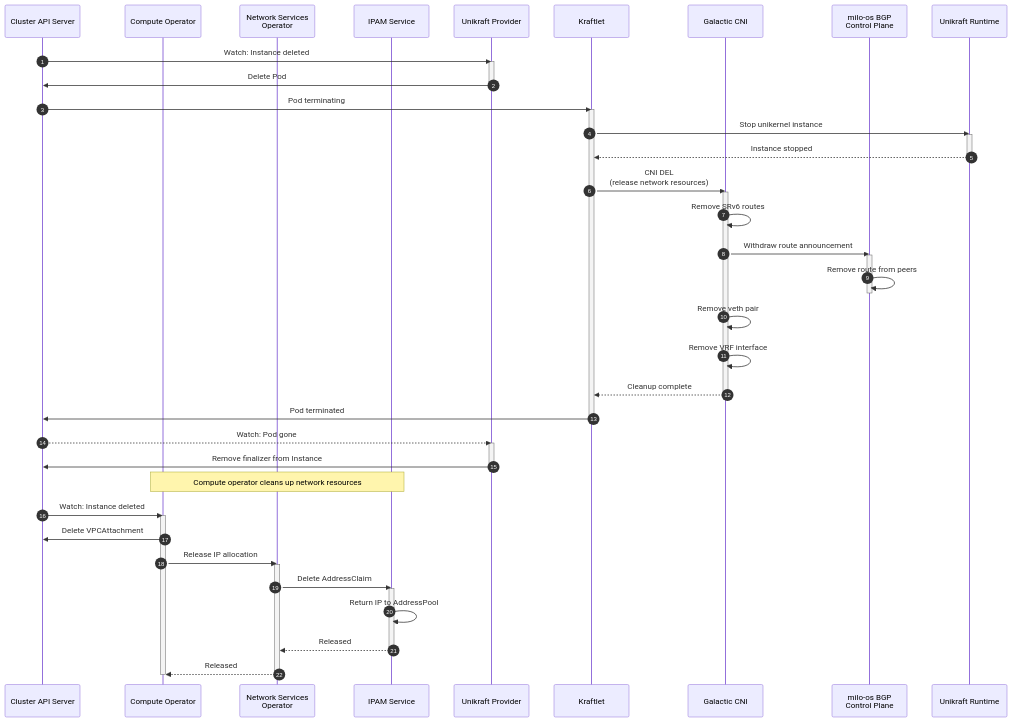
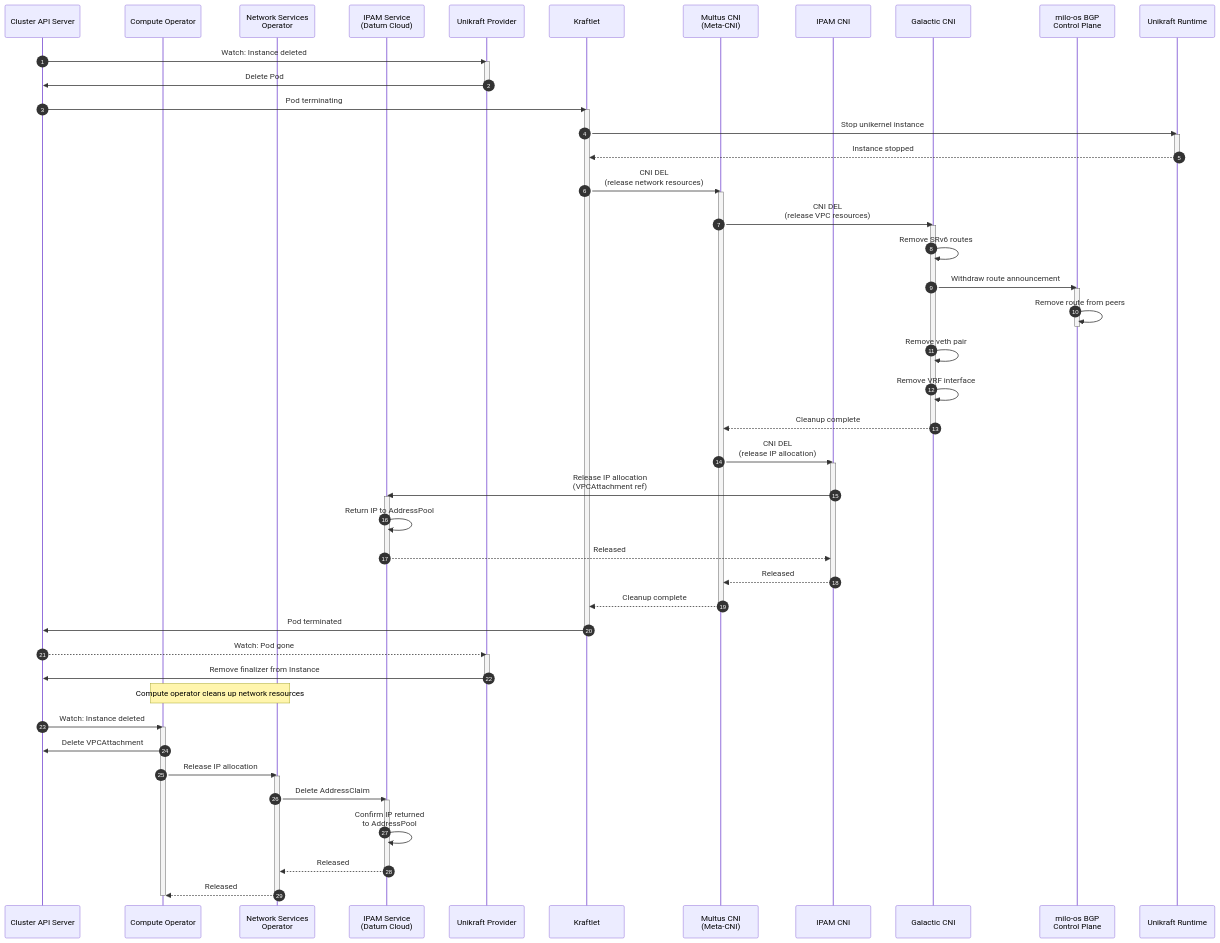
Before and after one commit to datum-cloud/unikraft-provider: the second of 2 diagrams in docs/enhancements/instance-provisioning.md, drawn with Mermaid. The commit also changed other lines of this file, not shown here.

First line of the commit message:
docs: add Multus CNI and IPAM CNI to instance provisioning diagrams

```diff
--- a/docs/enhancements/instance-provisioning.md
+++ b/docs/enhancements/instance-provisioning.md
@@ -116,9 +134,11 @@
     participant API as Cluster API Server
     participant CO as Compute Operator
     participant NSO as Network Services<br/>Operator
-    participant IPAM as IPAM Service
+    participant IPAM as IPAM Service<br/>(Datum Cloud)
     participant UP as Unikraft Provider
     participant KL as Kraftlet
+    participant MULTUS as Multus CNI<br/>(Meta-CNI)
+    participant ICNI as IPAM CNI
     participant GCNI as Galactic CNI
     participant BGP as milo-os BGP<br/>Control Plane
     participant UK as Unikraft Runtime
@@ -136,7 +156,10 @@
     UK-->>KL: Instance stopped
     deactivate UK
 
-    KL->>GCNI: CNI DEL<br/>(release network resources)
+    KL->>MULTUS: CNI DEL<br/>(release network resources)
+    activate MULTUS
+
+    MULTUS->>GCNI: CNI DEL<br/>(release VPC resources)
     activate GCNI
     GCNI->>GCNI: Remove SRv6 routes
     GCNI->>BGP: Withdraw route announcement
@@ -145,8 +168,21 @@
     deactivate BGP
     GCNI->>GCNI: Remove veth pair
     GCNI->>GCNI: Remove VRF interface
-    GCNI-->>KL: Cleanup complete
+    GCNI-->>MULTUS: Cleanup complete
     deactivate GCNI
+
+    MULTUS->>ICNI: CNI DEL<br/>(release IP allocation)
+    activate ICNI
+    ICNI->>IPAM: Release IP allocation<br/>(VPCAttachment ref)
+    activate IPAM
+    IPAM->>IPAM: Return IP to AddressPool
+    IPAM-->>ICNI: Released
+    deactivate IPAM
+    ICNI-->>MULTUS: Released
+    deactivate ICNI
+
+    MULTUS-->>KL: Cleanup complete
+    deactivate MULTUS
 
     KL->>API: Pod terminated
     deactivate KL
@@ -156,7 +192,7 @@
     UP->>API: Remove finalizer from Instance
     deactivate UP
 
-    Note over CO,IPAM: Compute operator cleans up network resources
+    Note over CO,NSO: Compute operator cleans up network resources
 
     API->>CO: Watch: Instance deleted
     activate CO
@@ -165,7 +201,7 @@
     activate NSO
     NSO->>IPAM: Delete AddressClaim
     activate IPAM
-    IPAM->>IPAM: Return IP to AddressPool
+    IPAM->>IPAM: Confirm IP returned<br/>to AddressPool
     IPAM-->>NSO: Released
     deactivate IPAM
     NSO-->>CO: Released
```
